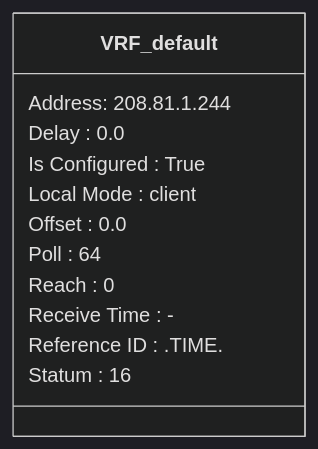
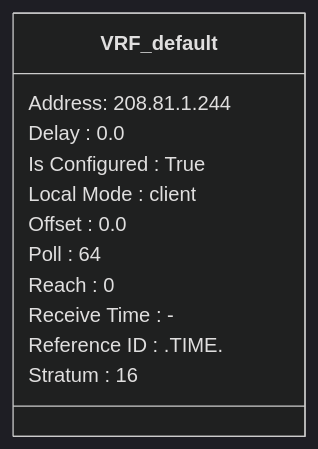
Before and after one commit to automateyournetwork/pyYAHTS: the first of 3 diagrams in Examples/IOS-XE/Mermaid Class/dist-rtr01 ntp class.md, drawn with Mermaid (dark theme). The commit also changed other lines of this file and 31 other files, not shown here.

````diff
--- a/Examples/IOS-XE/Mermaid Class/dist-rtr01 ntp class.md
+++ b/Examples/IOS-XE/Mermaid Class/dist-rtr01 ntp class.md
@@ -4,15 +4,15 @@
 ```mermaid
 classDiagram
 class VRF_default{
 Address: 208.81.1.244
 Delay : 0.0
 Is Configured : True
 Local Mode : client
 Offset : 0.0
 Poll : 64
 Reach : 0
 Receive Time : -
 Reference ID : .TIME.
-Statum : 16
+Stratum : 16
 }
 ```
````
